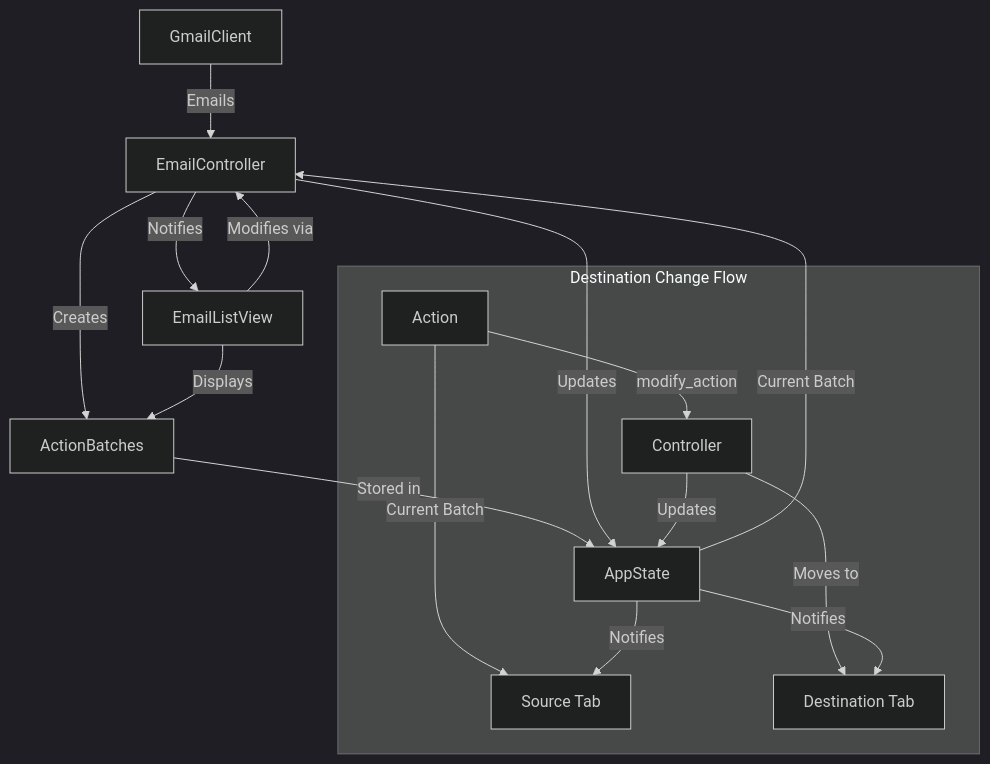
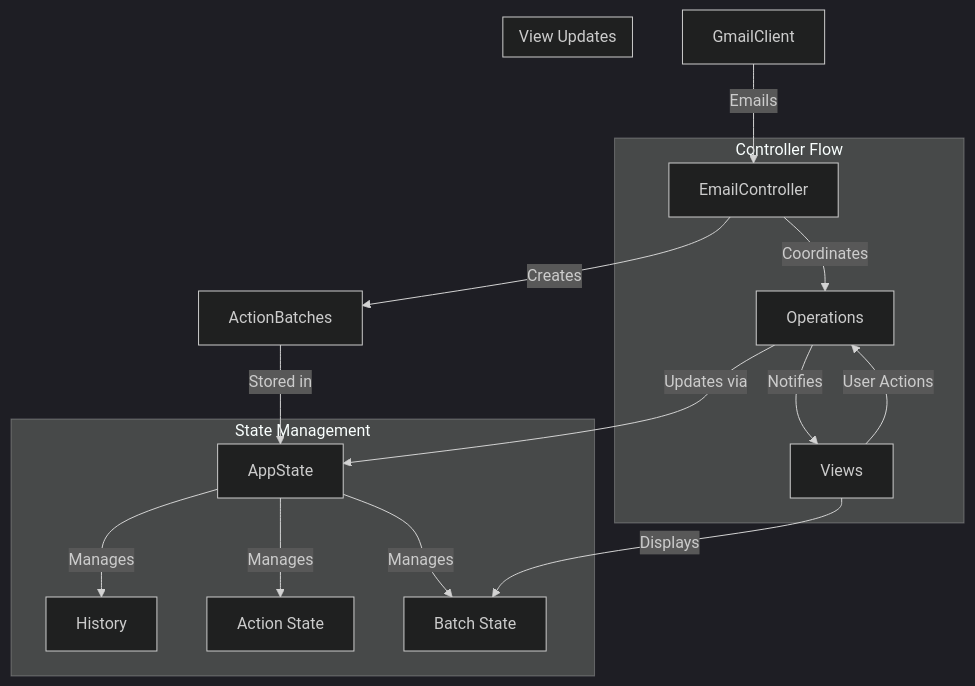
One commit to taylor1355/ai_assistant_ui changed the diagram in docs/design_document.md. Above: the diagram before and after it, drawn with Mermaid (dark theme). The commit also changed other lines of this file and 5 other files, not shown here.

````diff
--- a/docs/design_document.md
+++ b/docs/design_document.md
@@ -344,20 +401,23 @@
 ```mermaid
 graph TD
     A[GmailClient] -->|Emails| B[EmailController]
     B -->|Creates| C[ActionBatches]
     C -->|Stored in| D[AppState]
-    D -->|Current Batch| B
-    B -->|Notifies| E[EmailListView]
-    E -->|Displays| C
-    E -->|Modifies via| B
-    B -->|Updates| D
     
-    subgraph Destination Change Flow
-        F[Action] -->|Current Batch| G[Source Tab]
-        F -->|modify_action| H[Controller]
-        H -->|Moves to| I[Destination Tab]
-        H -->|Updates| D
-        D -->|Notifies| G
-        D -->|Notifies| I
+    subgraph State Management
+        D -->|Manages| E[History]
+        D -->|Manages| F[Action State]
+        D -->|Manages| G[Batch State]
+    end
+    
+    subgraph Controller Flow
+        B -->|Coordinates| H[Operations]
+        H -->|Updates via| D
+        H -->|Notifies| I[Views]
+    end
+    
+    subgraph View Updates
+        I -->|Displays| G
+        I -->|User Actions| H
     end
 ```
````
